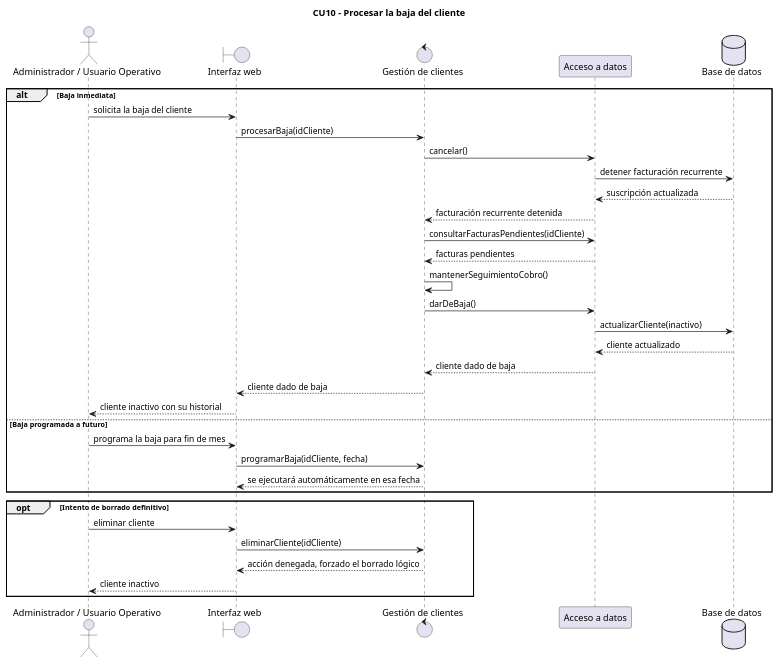
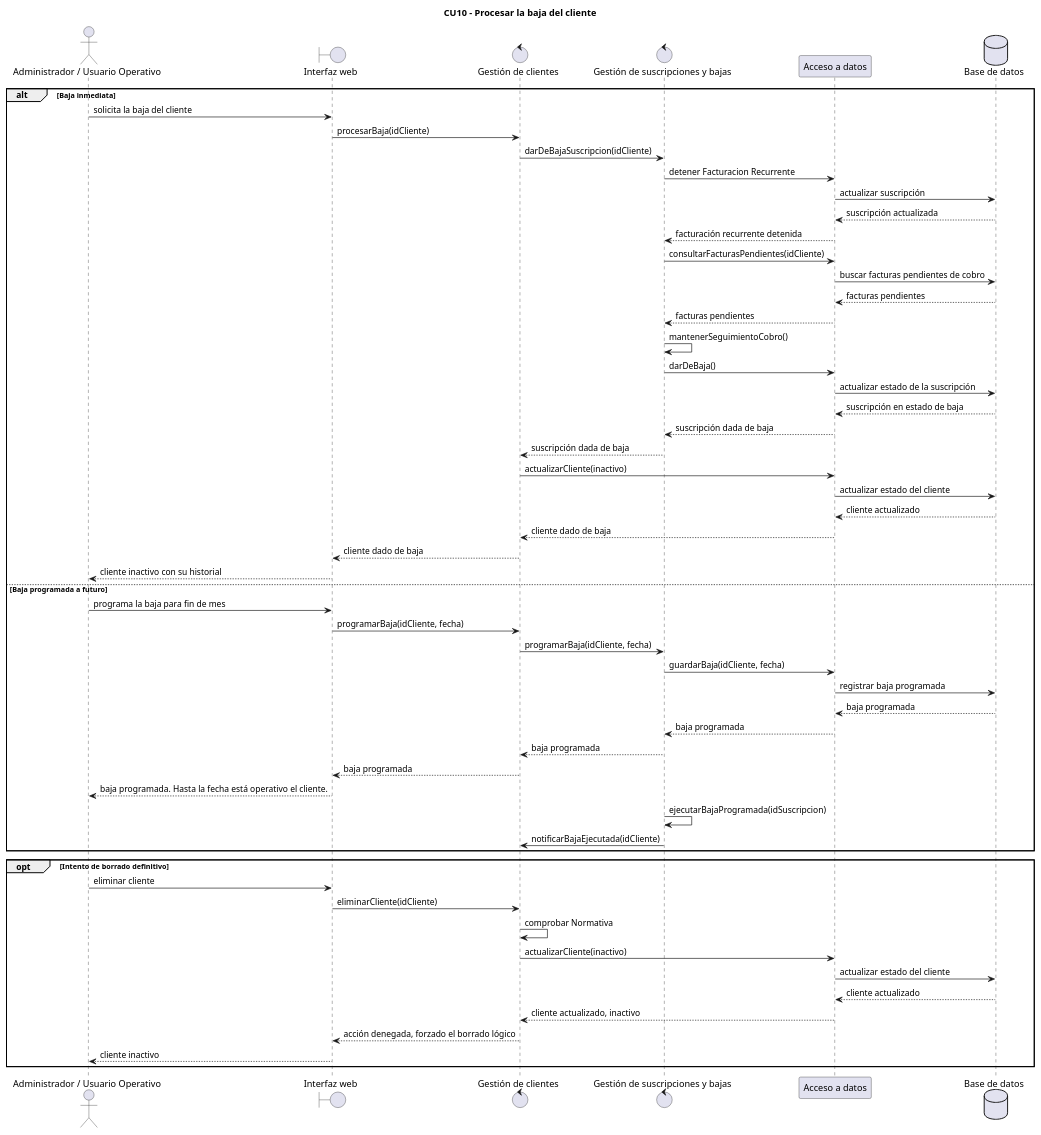
Before and after one commit to sandrardguezz/trabajo-ada: the diagram in Diagramas/DiagramasSecuencia/CU10/DiagramaSecuencia.puml, drawn with PlantUML.

Commit message:
Refactor sequence diagram for client cancellation process

```diff
--- a/Diagramas/DiagramasSecuencia/CU10/DiagramaSecuencia.puml
+++ b/Diagramas/DiagramasSecuencia/CU10/DiagramaSecuencia.puml
@@ -3,39 +3,70 @@
 @startuml
 title CU10 - Procesar la baja del cliente
 
 actor "Administrador / Usuario Operativo" as Usuario
 boundary "Interfaz web" as Web
-control "Gestión de clientes" as Gestion
+control "Gestión de clientes" as Clientes
+control "Gestión de suscripciones y bajas" as Bajas
 participant "Acceso a datos" as Datos
 database "Base de datos" as BD
 
 alt Baja inmediata
     Usuario -> Web : solicita la baja del cliente
-    Web -> Gestion : procesarBaja(idCliente)
-    Gestion -> Datos : cancelar()
-    Datos -> BD : detener facturación recurrente
+    Web -> Clientes : procesarBaja(idCliente)
+    Clientes -> Bajas : darDeBajaSuscripcion(idCliente)
+
+    Bajas -> Datos : detener Facturacion Recurrente
+    Datos -> BD : actualizar suscripción
     BD --> Datos : suscripción actualizada
-    Datos --> Gestion : facturación recurrente detenida
-    Gestion -> Datos : consultarFacturasPendientes(idCliente)
-    Datos --> Gestion : facturas pendientes
-    Gestion -> Gestion : mantenerSeguimientoCobro()
-    Gestion -> Datos : darDeBaja()
-    Datos -> BD : actualizarCliente(inactivo)
+    Datos --> Bajas : facturación recurrente detenida
+
+    Bajas -> Datos : consultarFacturasPendientes(idCliente)
+    Datos -> BD : buscar facturas pendientes de cobro
+    BD --> Datos : facturas pendientes
+    Datos --> Bajas : facturas pendientes
+
+    Bajas -> Bajas : mantenerSeguimientoCobro()
+
+    Bajas -> Datos : darDeBaja()
+    Datos -> BD : actualizar estado de la suscripción
+    BD --> Datos : suscripción en estado de baja
+    Datos --> Bajas : suscripción dada de baja
+    Bajas --> Clientes : suscripción dada de baja
+
+    Clientes -> Datos : actualizarCliente(inactivo)
+    Datos -> BD : actualizar estado del cliente
     BD --> Datos : cliente actualizado
-    Datos --> Gestion : cliente dado de baja
-    Gestion --> Web : cliente dado de baja
+    Datos --> Clientes : cliente dado de baja
+
+    Clientes --> Web : cliente dado de baja
     Web --> Usuario : cliente inactivo con su historial
+
 else Baja programada a futuro
     Usuario -> Web : programa la baja para fin de mes
-    Web -> Gestion : programarBaja(idCliente, fecha)
-    Gestion --> Web : se ejecutará automáticamente en esa fecha
+    Web -> Clientes : programarBaja(idCliente, fecha)
+    Clientes -> Bajas : programarBaja(idCliente, fecha)
+    Bajas -> Datos : guardarBaja(idCliente, fecha)
+    Datos -> BD : registrar baja programada
+    BD --> Datos : baja programada
+    Datos --> Bajas : baja programada
+    Bajas --> Clientes : baja programada
+    Clientes --> Web : baja programada
+    Web --> Usuario : baja programada. Hasta la fecha está operativo el cliente.
+
+    Bajas -> Bajas : ejecutarBajaProgramada(idSuscripcion)
+    Bajas -> Clientes : notificarBajaEjecutada(idCliente)
 end
 
 opt Intento de borrado definitivo
     Usuario -> Web : eliminar cliente
-    Web -> Gestion : eliminarCliente(idCliente)
-    Gestion --> Web : acción denegada, forzado el borrado lógico
+    Web -> Clientes : eliminarCliente(idCliente)
+    Clientes -> Clientes : comprobar Normativa 
+    Clientes -> Datos : actualizarCliente(inactivo)
+    Datos -> BD : actualizar estado del cliente
+    BD --> Datos : cliente actualizado
+    Datos --> Clientes : cliente actualizado, inactivo
+    Clientes --> Web : acción denegada, forzado el borrado lógico
     Web --> Usuario : cliente inactivo
 end
 
 @enduml
```
